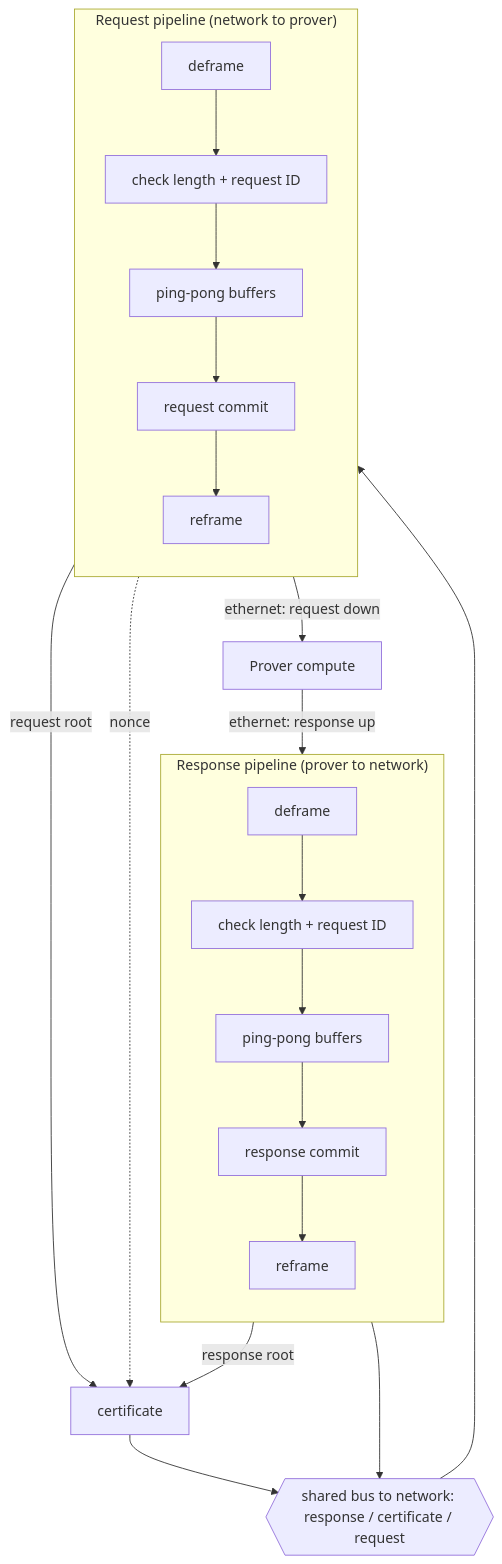
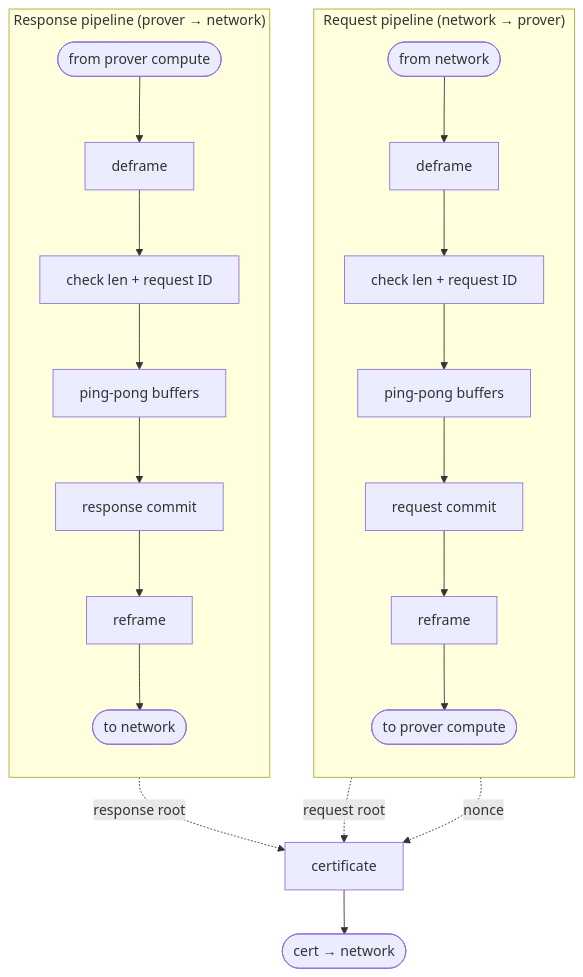
One commit to JamesPetrie/interlock changed the diagram in docs/certificate-protocol.md. Above: the diagram before and after it, drawn with Mermaid. The commit also changed other lines of this file, not shown here.

First line of the commit message:
Dataflow: draw the two pipelines as parallel top-down lanes

````diff
--- a/docs/certificate-protocol.md
+++ b/docs/certificate-protocol.md
@@ -227,26 +227,17 @@
 ```mermaid
 flowchart TB
-    PC["Prover compute"]
-    BUS{{"shared bus to network: response / certificate / request"}}
-
-    subgraph RSP["Response pipeline (prover to network)"]
+    subgraph REQ["Request pipeline (network → prover)"]
       direction TB
-      d1["deframe"] --> k1["check length + request ID"] --> pp1["ping-pong buffers"] --> rc["response commit"] --> rf1["reframe"]
+      qi(["from network"]) --> qd["deframe"] --> qk["check len + request ID"] --> qp["ping-pong buffers"] --> qc["request commit"] --> qr["reframe"] --> qo(["to prover compute"])
     end
 
-    subgraph REQ["Request pipeline (network to prover)"]
+    subgraph RSP["Response pipeline (prover → network)"]
       direction TB
-      d2["deframe"] --> k2["check length + request ID"] --> pp2["ping-pong buffers"] --> qc["request commit"] --> rf2["reframe"]
+      ri(["from prover compute"]) --> rd["deframe"] --> rk["check len + request ID"] --> rp["ping-pong buffers"] --> rc["response commit"] --> rr["reframe"] --> ro(["to network"])
     end
 
-    CERT["certificate"]
-
-    PC -->|"ethernet: response up"| d1
-    rf2 -->|"ethernet: request down"| PC
-    rf1 --> BUS
-    CERT --> BUS
-    BUS --> d2
-    rc -->|response root| CERT
-    qc -->|request root| CERT
-    k2 -.->|nonce| CERT
+    CERT["certificate"] --> co(["cert → network"])
+    rc -. response root .-> CERT
+    qc -. request root .-> CERT
+    qk -. nonce .-> CERT
 ```
````
